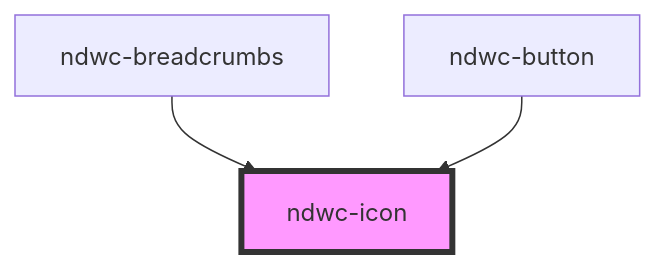
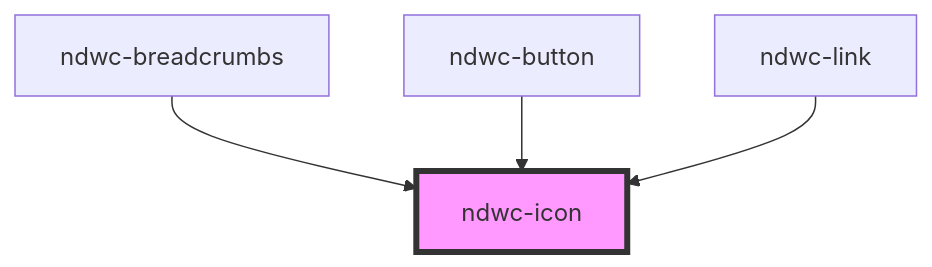
Before and after one commit to wes337/ndw-components: the diagram in src/components/icon/readme.md, drawn with Mermaid. The commit also changed other lines of this file and 14 other files, not shown here.

````diff
--- a/src/components/icon/readme.md
+++ b/src/components/icon/readme.md
@@ -23,6 +24,7 @@
 ```mermaid
 graph TD;
   ndwc-breadcrumbs --> ndwc-icon
   ndwc-button --> ndwc-icon
+  ndwc-link --> ndwc-icon
   style ndwc-icon fill:#f9f,stroke:#333,stroke-width:4px
 ```
````
